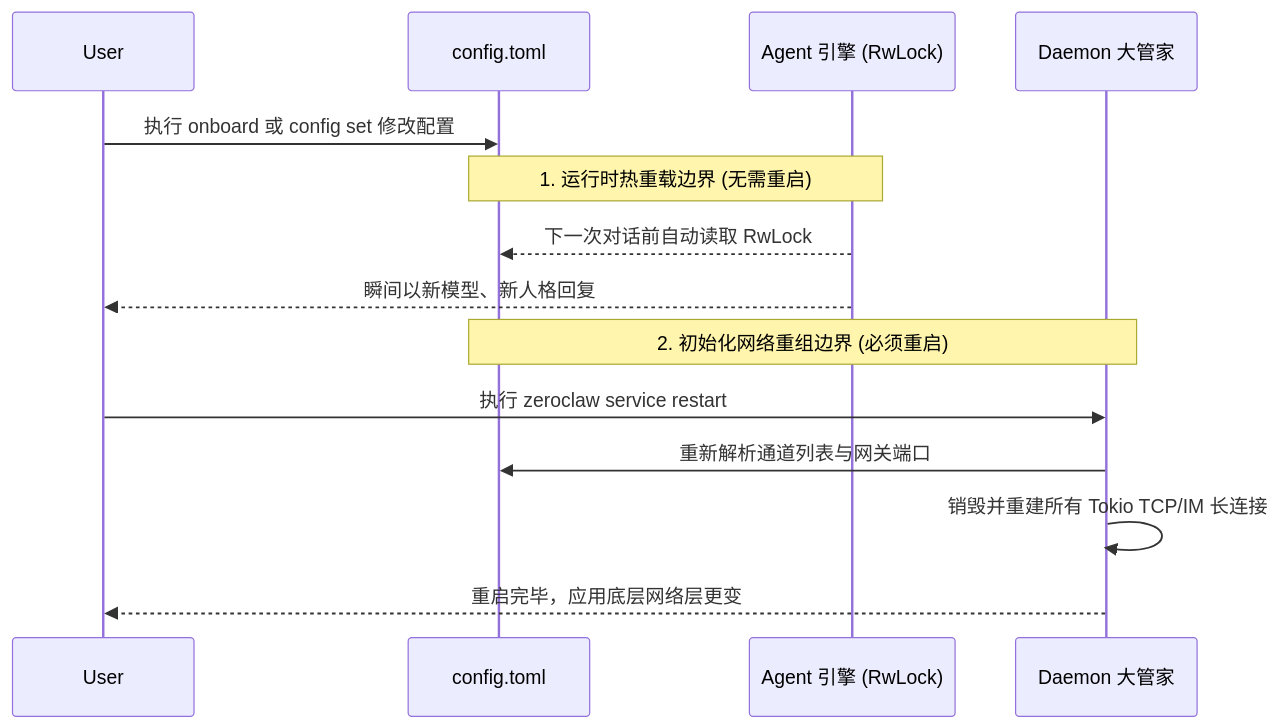
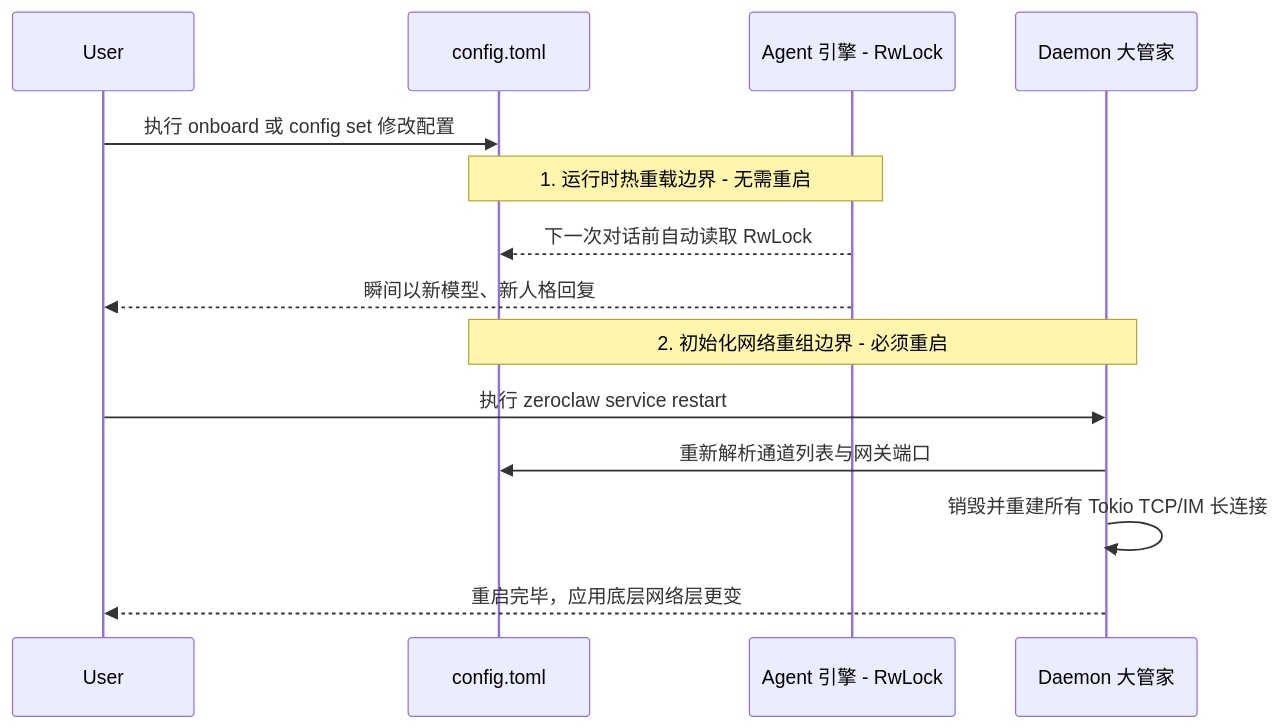
The second of 2 diagrams in src/02_configuration.md (fannnzhang/zeroclaw-source-book), drawn with Mermaid before and after one commit. The commit also changed other lines of this file and 5 other files, not shown here.

Commit message:
fix: correct Mermaid diagram syntax and chapter numbering in all docs

````diff
--- a/src/02_configuration.md
+++ b/src/02_configuration.md
@@ -94,18 +94,18 @@
 ```mermaid
 sequenceDiagram
     participant User
     participant ConfigFile as config.toml
-    participant AgentCore as Agent 引擎 (RwLock)
+    participant AgentCore as Agent 引擎 - RwLock
     participant Daemon as Daemon 大管家
 
     User->>ConfigFile: 执行 onboard 或 config set 修改配置
-    Note over ConfigFile,AgentCore: 1. 运行时热重载边界 (无需重启)
+    Note over ConfigFile,AgentCore: 1. 运行时热重载边界 - 无需重启
     AgentCore-->>ConfigFile: 下一次对话前自动读取 RwLock
     AgentCore-->>User: 瞬间以新模型、新人格回复
-    
-    Note over ConfigFile,Daemon: 2. 初始化网络重组边界 (必须重启)
+
+    Note over ConfigFile,Daemon: 2. 初始化网络重组边界 - 必须重启
     User->>Daemon: 执行 zeroclaw service restart
     Daemon->>ConfigFile: 重新解析通道列表与网关端口
     Daemon->>Daemon: 销毁并重建所有 Tokio TCP/IM 长连接
     Daemon-->>User: 重启完毕，应用底层网络层更变
 ```
````
